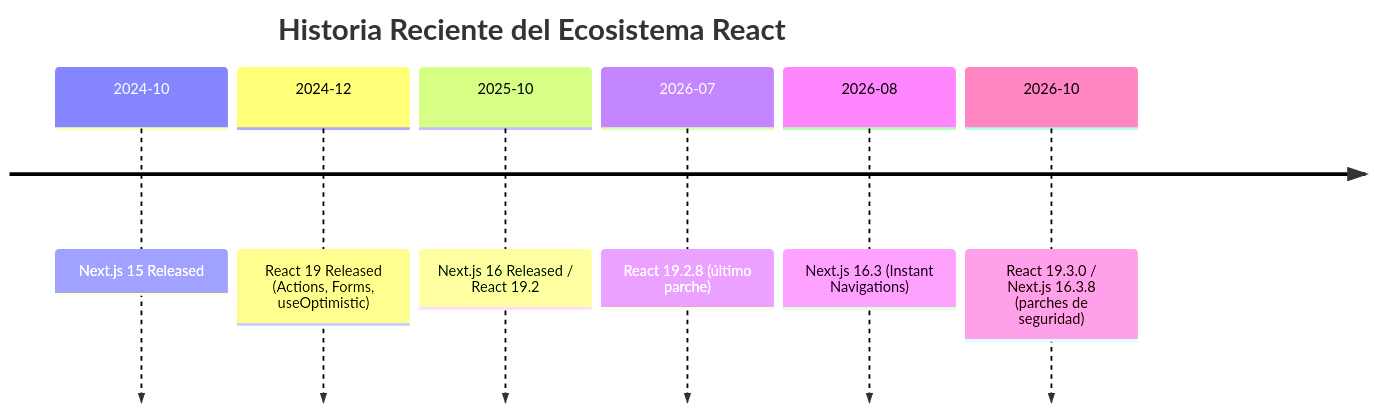
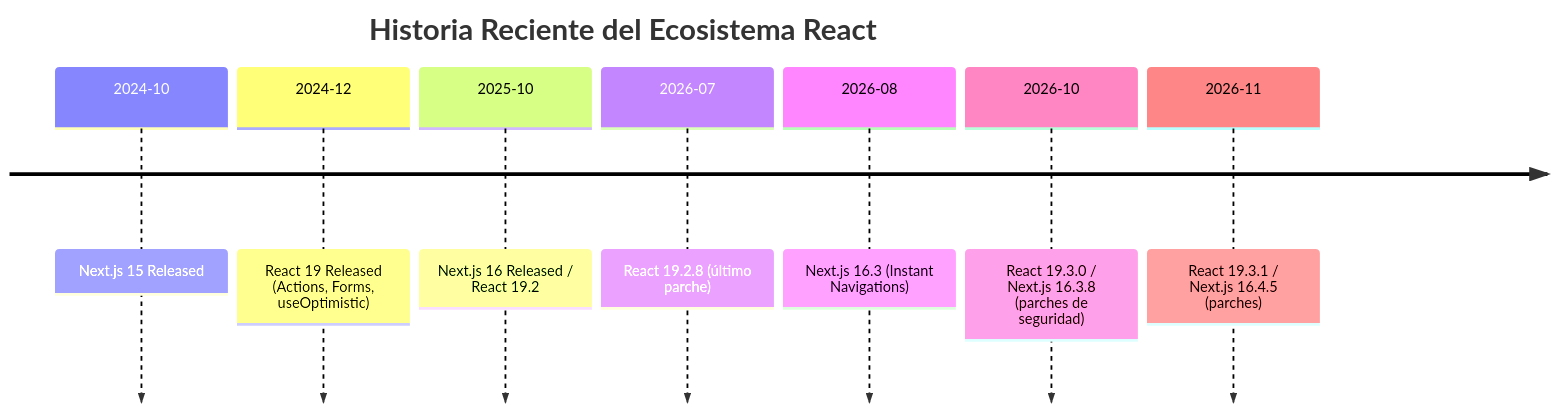
The diagram in README.md (isidromerayo/TFG_UNIR-react), drawn with Mermaid before and after one commit. The commit also changed other lines of this file, not shown here.

````diff
--- a/README.md
+++ b/README.md
@@ -54,10 +54,11 @@
 ```mermaid
 timeline
     title Historia Reciente del Ecosistema React
     2024-10 : Next.js 15 Released
     2024-12 : React 19 Released (Actions, Forms, useOptimistic)
     2025-10 : Next.js 16 Released / React 19.2
     2026-07 : React 19.2.8 (último parche)
     2026-08 : Next.js 16.3 (Instant Navigations)
     2026-10 : React 19.3.0 / Next.js 16.3.8 (parches de seguridad)
+    2026-11 : React 19.3.1 / Next.js 16.4.5 (parches)
 ```
````
